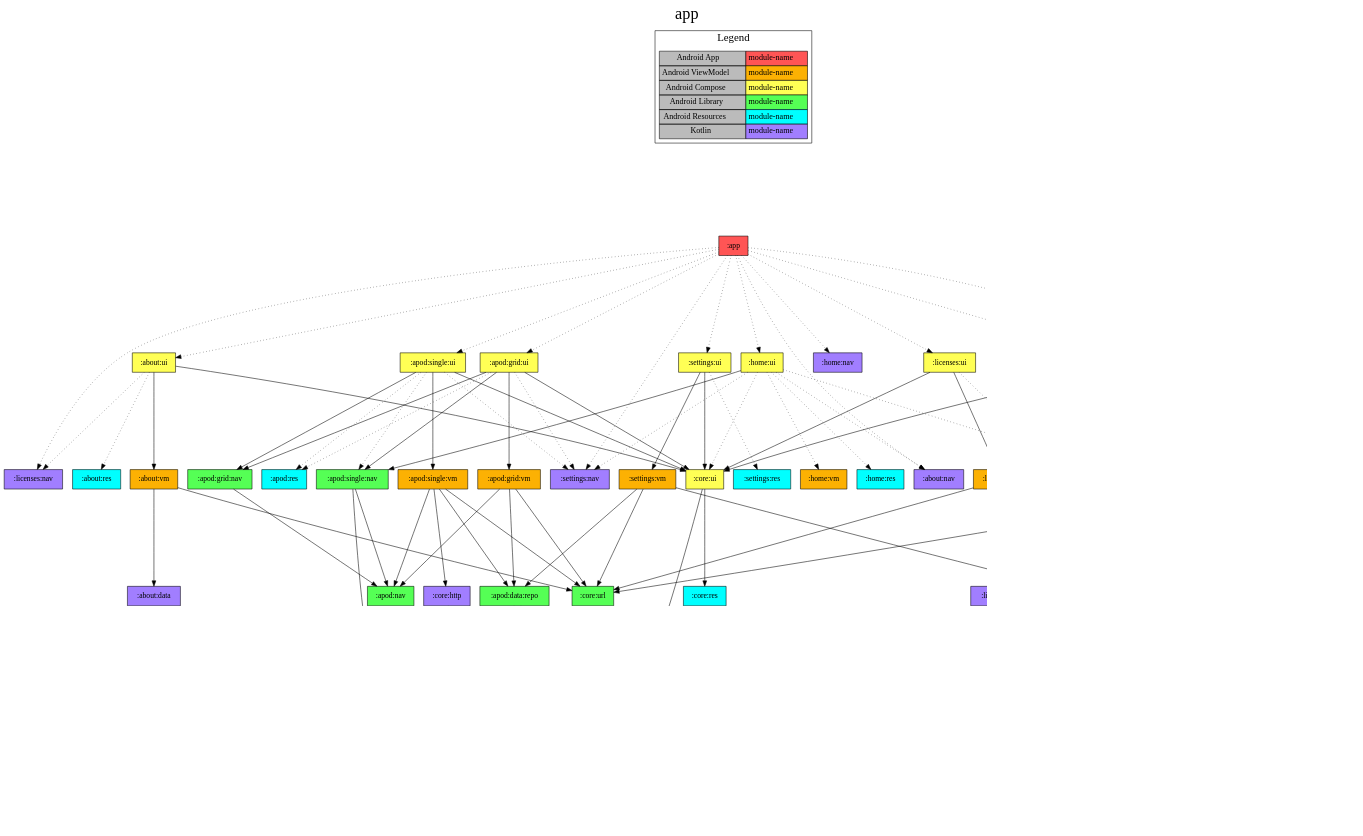
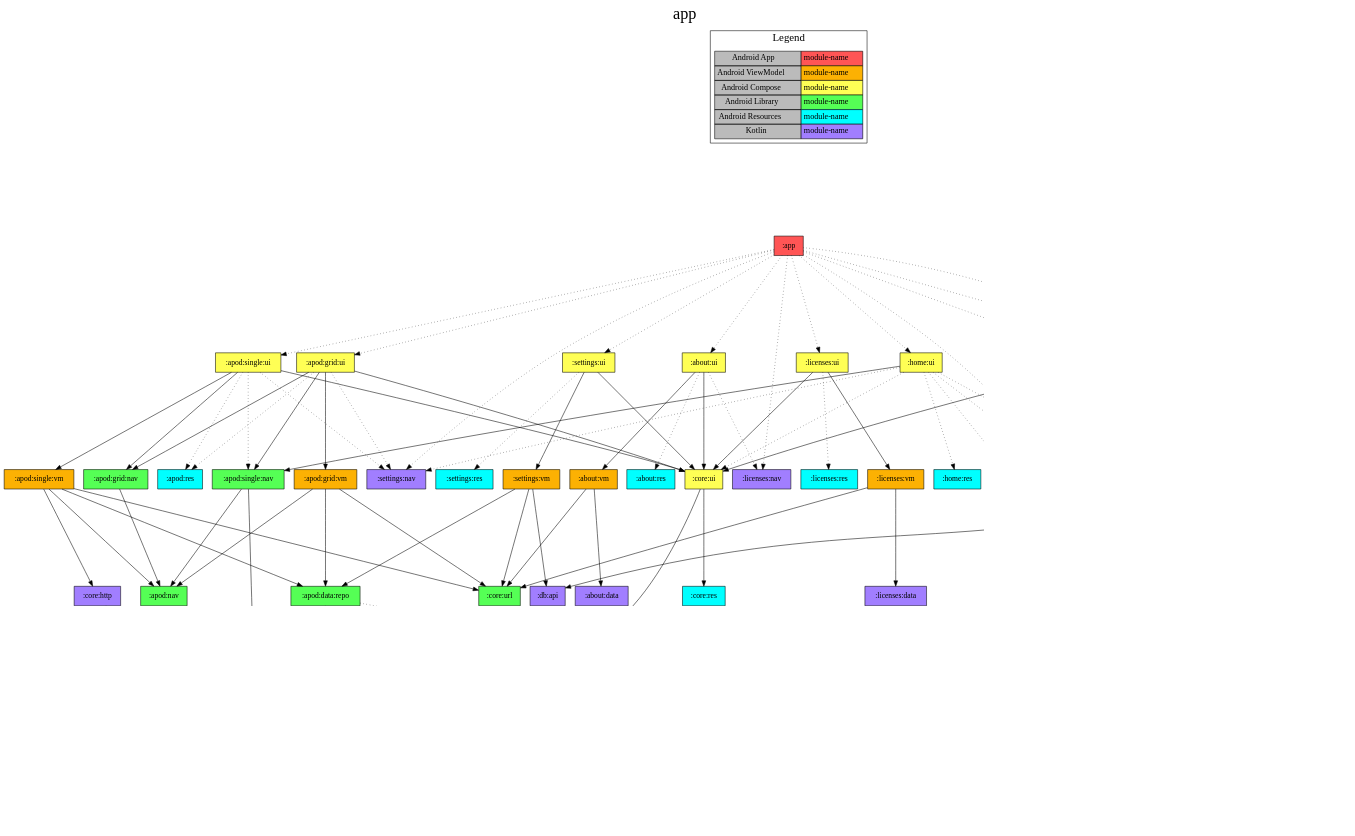
The diagram in app/project-dependency-graph.dot (jonapoul/nasa-android), drawn with Graphviz before and after one commit. The commit also changed 43 other files, not shown here.

```diff
--- a/app/project-dependency-graph.dot
+++ b/app/project-dependency-graph.dot
@@ -1,147 +1,146 @@
 digraph {
 edge ["dir"="forward"]
 graph ["dpi"="100","label"="app","labelloc"="t","fontsize"="30","ranksep"="2.5","rankdir"="TB"]
 node ["style"="filled"]
 ":app" ["shape"="box","fillcolor"="#FF5555"]
 ":about:nav" ["fillcolor"="#A17EFF","shape"="box"]
 ":about:ui" ["fillcolor"="#FFFF55","shape"="box"]
 ":about:vm" ["fillcolor"="#FCB103","shape"="box"]
 ":about:data" ["fillcolor"="#A17EFF","shape"="box"]
 ":core:url" ["fillcolor"="#55FF55","shape"="box"]
 ":core:ui" ["fillcolor"="#FFFF55","shape"="box"]
 ":core:model" ["fillcolor"="#A17EFF","shape"="box"]
 ":core:res" ["fillcolor"="#00FFFF","shape"="box"]
 ":about:res" ["fillcolor"="#00FFFF","shape"="box"]
 ":licenses:nav" ["fillcolor"="#A17EFF","shape"="box"]
 ":apod:grid:ui" ["fillcolor"="#FFFF55","shape"="box"]
 ":apod:grid:nav" ["fillcolor"="#55FF55","shape"="box"]
 ":apod:nav" ["fillcolor"="#55FF55","shape"="box"]
 ":apod:grid:vm" ["fillcolor"="#FCB103","shape"="box"]
 ":apod:data:repo" ["fillcolor"="#55FF55","shape"="box"]
 ":apod:data:api" ["fillcolor"="#A17EFF","shape"="box"]
 ":apod:model" ["fillcolor"="#A17EFF","shape"="box"]
 ":db:apod" ["fillcolor"="#A17EFF","shape"="box"]
 ":apod:single:nav" ["fillcolor"="#55FF55","shape"="box"]
 ":apod:res" ["fillcolor"="#00FFFF","shape"="box"]
 ":settings:nav" ["fillcolor"="#A17EFF","shape"="box"]
 ":apod:single:ui" ["fillcolor"="#FFFF55","shape"="box"]
 ":apod:single:vm" ["fillcolor"="#FCB103","shape"="box"]
 ":core:http" ["fillcolor"="#A17EFF","shape"="box"]
 ":db:impl" ["fillcolor"="#55FF55","shape"="box"]
 ":db:api" ["fillcolor"="#A17EFF","shape"="box"]
 ":db:gallery" ["fillcolor"="#A17EFF","shape"="box"]
 ":gallery:search:ui" ["fillcolor"="#FFFF55","shape"="box"]
 ":gallery:nav" ["fillcolor"="#A17EFF","shape"="box"]
 ":gallery:search:vm" ["fillcolor"="#FCB103","shape"="box"]
 ":gallery:data:repo" ["fillcolor"="#55FF55","shape"="box"]
 ":gallery:data:api" ["fillcolor"="#A17EFF","shape"="box"]
 ":gallery:model" ["fillcolor"="#A17EFF","shape"="box"]
 ":gallery:res" ["fillcolor"="#00FFFF","shape"="box"]
 ":home:nav" ["fillcolor"="#A17EFF","shape"="box"]
 ":home:ui" ["fillcolor"="#FFFF55","shape"="box"]
 ":home:res" ["fillcolor"="#00FFFF","shape"="box"]
 ":home:vm" ["fillcolor"="#FCB103","shape"="box"]
 ":licenses:ui" ["fillcolor"="#FFFF55","shape"="box"]
 ":licenses:vm" ["fillcolor"="#FCB103","shape"="box"]
 ":licenses:data" ["fillcolor"="#A17EFF","shape"="box"]
 ":licenses:res" ["fillcolor"="#00FFFF","shape"="box"]
 ":settings:ui" ["fillcolor"="#FFFF55","shape"="box"]
 ":settings:vm" ["fillcolor"="#FCB103","shape"="box"]
 ":settings:res" ["fillcolor"="#00FFFF","shape"="box"]
 {
 edge ["dir"="none"]
 graph ["rank"="same"]
 ":app"
 }
 ":app" -> ":about:nav" ["style"="dotted"]
 ":app" -> ":about:ui" ["style"="dotted"]
 ":app" -> ":apod:grid:ui" ["style"="dotted"]
 ":app" -> ":apod:single:ui" ["style"="dotted"]
 ":app" -> ":db:impl" ["style"="dotted"]
 ":app" -> ":gallery:search:ui" ["style"="dotted"]
 ":app" -> ":home:nav" ["style"="dotted"]
 ":app" -> ":home:ui" ["style"="dotted"]
 ":app" -> ":licenses:nav" ["style"="dotted"]
 ":app" -> ":licenses:ui" ["style"="dotted"]
 ":app" -> ":settings:nav" ["style"="dotted"]
 ":app" -> ":settings:ui" ["style"="dotted"]
 ":about:ui" -> ":about:vm"
 ":about:ui" -> ":core:ui"
 ":about:ui" -> ":about:res" ["style"="dotted"]
 ":about:ui" -> ":licenses:nav" ["style"="dotted"]
 ":about:vm" -> ":about:data"
 ":about:vm" -> ":core:url"
 ":core:ui" -> ":core:model"
 ":core:ui" -> ":core:res"
 ":apod:grid:ui" -> ":apod:grid:nav"
 ":apod:grid:ui" -> ":apod:grid:vm"
 ":apod:grid:ui" -> ":apod:single:nav"
 ":apod:grid:ui" -> ":core:ui"
 ":apod:grid:ui" -> ":apod:res" ["style"="dotted"]
 ":apod:grid:ui" -> ":settings:nav" ["style"="dotted"]
 ":apod:grid:nav" -> ":apod:nav"
 ":apod:grid:vm" -> ":apod:data:repo"
 ":apod:grid:vm" -> ":apod:nav"
 ":apod:grid:vm" -> ":core:url"
 ":apod:data:repo" -> ":apod:data:api"
 ":apod:data:repo" -> ":db:apod" ["style"="dotted"]
 ":apod:data:api" -> ":apod:model"
 ":apod:data:api" -> ":core:model"
 ":apod:single:nav" -> ":apod:model"
 ":apod:single:nav" -> ":apod:nav"
 ":apod:single:ui" -> ":apod:grid:nav"
 ":apod:single:ui" -> ":apod:single:vm"
 ":apod:single:ui" -> ":core:ui"
 ":apod:single:ui" -> ":apod:res" ["style"="dotted"]
 ":apod:single:ui" -> ":apod:single:nav" ["style"="dotted"]
 ":apod:single:ui" -> ":settings:nav" ["style"="dotted"]
 ":apod:single:vm" -> ":apod:data:repo"
 ":apod:single:vm" -> ":apod:nav"
 ":apod:single:vm" -> ":core:http"
 ":apod:single:vm" -> ":core:url"
 ":core:http" -> ":core:model"
 ":db:impl" -> ":db:api"
 ":db:impl" -> ":db:apod"
 ":db:impl" -> ":db:gallery"
 ":gallery:search:ui" -> ":core:ui"
 ":gallery:search:ui" -> ":gallery:nav"
 ":gallery:search:ui" -> ":gallery:search:vm"
 ":gallery:search:ui" -> ":gallery:res" ["style"="dotted"]
-":gallery:search:vm" -> ":core:url"
 ":gallery:search:vm" -> ":gallery:data:repo"
 ":gallery:data:repo" -> ":db:gallery"
 ":gallery:data:repo" -> ":gallery:data:api"
 ":gallery:data:api" -> ":gallery:model"
 ":home:ui" -> ":apod:single:nav"
 ":home:ui" -> ":about:nav" ["style"="dotted"]
 ":home:ui" -> ":core:ui" ["style"="dotted"]
 ":home:ui" -> ":gallery:nav" ["style"="dotted"]
 ":home:ui" -> ":home:res" ["style"="dotted"]
 ":home:ui" -> ":home:vm" ["style"="dotted"]
 ":home:ui" -> ":settings:nav" ["style"="dotted"]
 ":licenses:ui" -> ":core:ui"
 ":licenses:ui" -> ":licenses:vm"
 ":licenses:ui" -> ":licenses:res" ["style"="dotted"]
 ":licenses:vm" -> ":core:url"
 ":licenses:vm" -> ":licenses:data"
 ":settings:ui" -> ":core:ui"
 ":settings:ui" -> ":settings:vm"
 ":settings:ui" -> ":settings:res" ["style"="dotted"]
 ":settings:vm" -> ":apod:data:repo"
 ":settings:vm" -> ":core:url"
 ":settings:vm" -> ":db:api"
 subgraph "cluster_legend" {
 edge ["dir"="none"]
 graph ["label"="Legend","fontsize"="20"]
 "Legend" ["style"="filled","fillcolor"="#bbbbbb","shape"="none","margin"="0","fontsize"="15","label"=<
 <TABLE BORDER="0" CELLBORDER="1" CELLSPACING="0" CELLPADDING="4">
 <TR><TD>Android App</TD><TD BGCOLOR="#FF5555">module-name</TD></TR>
 <TR><TD>Android ViewModel</TD><TD BGCOLOR="#FCB103">module-name</TD></TR>
 <TR><TD>Android Compose</TD><TD BGCOLOR="#FFFF55">module-name</TD></TR>
 <TR><TD>Android Library</TD><TD BGCOLOR="#55FF55">module-name</TD></TR>
 <TR><TD>Android Resources</TD><TD BGCOLOR="#00FFFF">module-name</TD></TR>
 <TR><TD>Kotlin</TD><TD BGCOLOR="#A17EFF">module-name</TD></TR>
 </TABLE>
 >]
 } -> ":app" ["style"="invis"]
 }
```
